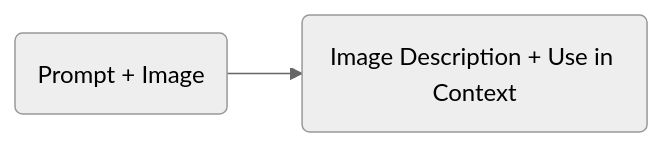
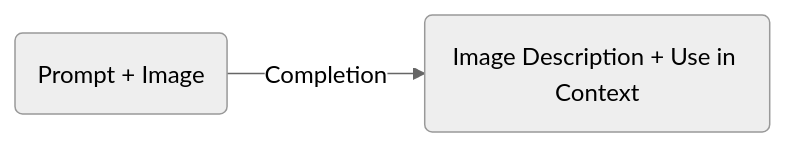
One commit to msalemor/llm-use-cases changed the third of 3 diagrams in vision-models.md. Above: the diagram before and after it, drawn with Mermaid (neutral theme).

````diff
--- a/vision-models.md
+++ b/vision-models.md
@@ -47,4 +47,4 @@
 ```mermaid
 graph LR;
-  P(Prompt + Image)-->D(Image Description + Use in Context)  
+  P(Prompt + Image)--Completion-->D(Image Description + Use in Context)  
 ```
````
